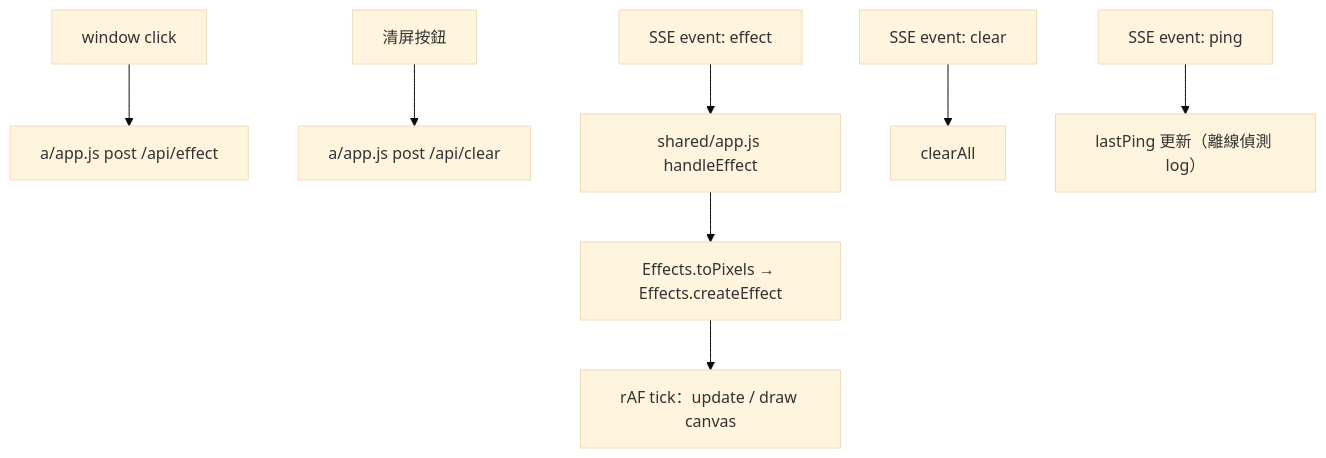
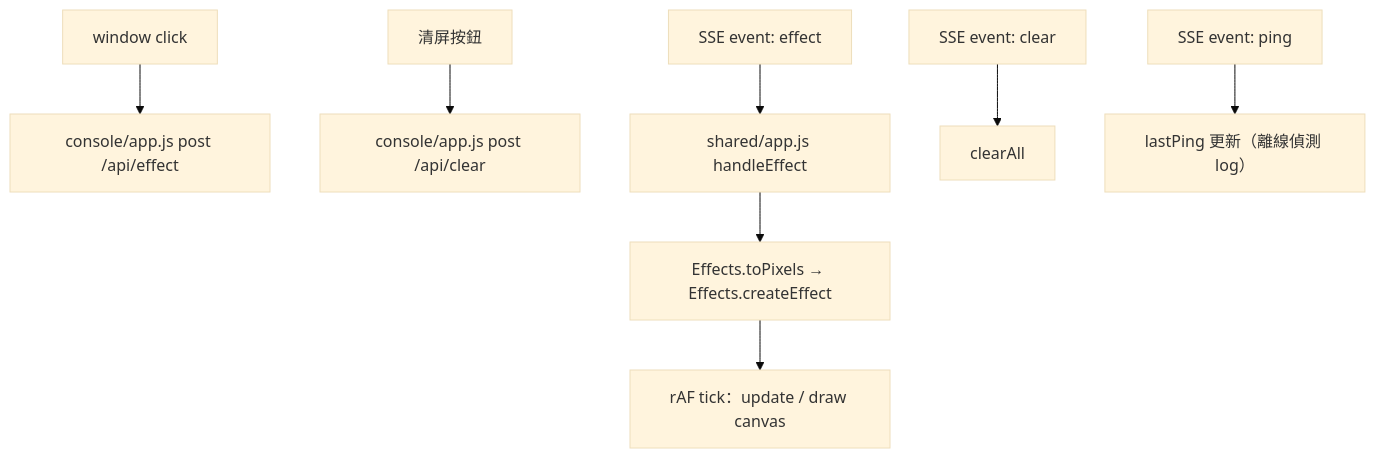
The second of 3 diagrams in docs/agents/CALL_GRAPH.md (zivngit/Real-time-Interaction-html), drawn with Mermaid (base theme) before and after one commit. The commit also changed other lines of this file and 10 other files, not shown here.

````diff
--- a/docs/agents/CALL_GRAPH.md
+++ b/docs/agents/CALL_GRAPH.md
@@ -32,10 +32,10 @@
 ```mermaid
 flowchart TD
-    A1[window click] --> A2[a/app.js post /api/effect]
-    A3[清屏按鈕] --> A4[a/app.js post /api/clear]
+    A1[window click] --> A2[console/app.js post /api/effect]
+    A3[清屏按鈕] --> A4[console/app.js post /api/clear]
     S1[SSE event: effect] --> B1[shared/app.js handleEffect]
     B1 --> B2[Effects.toPixels → Effects.createEffect]
     B2 --> B3[rAF tick：update / draw canvas]
     S2[SSE event: clear] --> B4[clearAll]
     S3[SSE event: ping] --> B5[lastPing 更新（離線偵測 log）]
 ```
````
